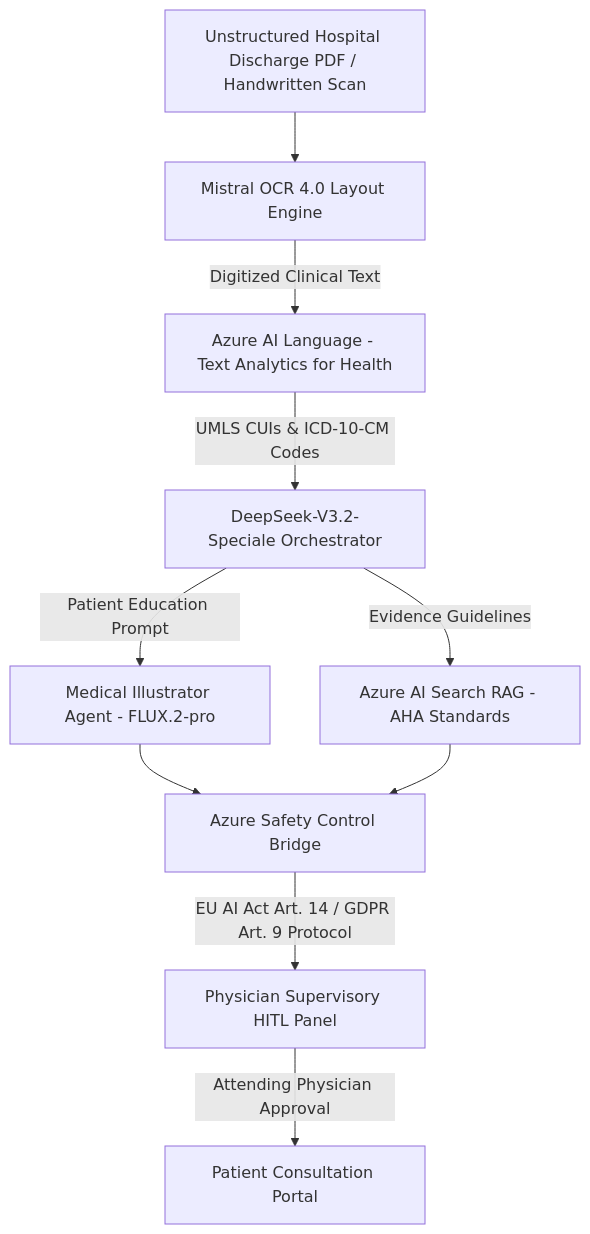
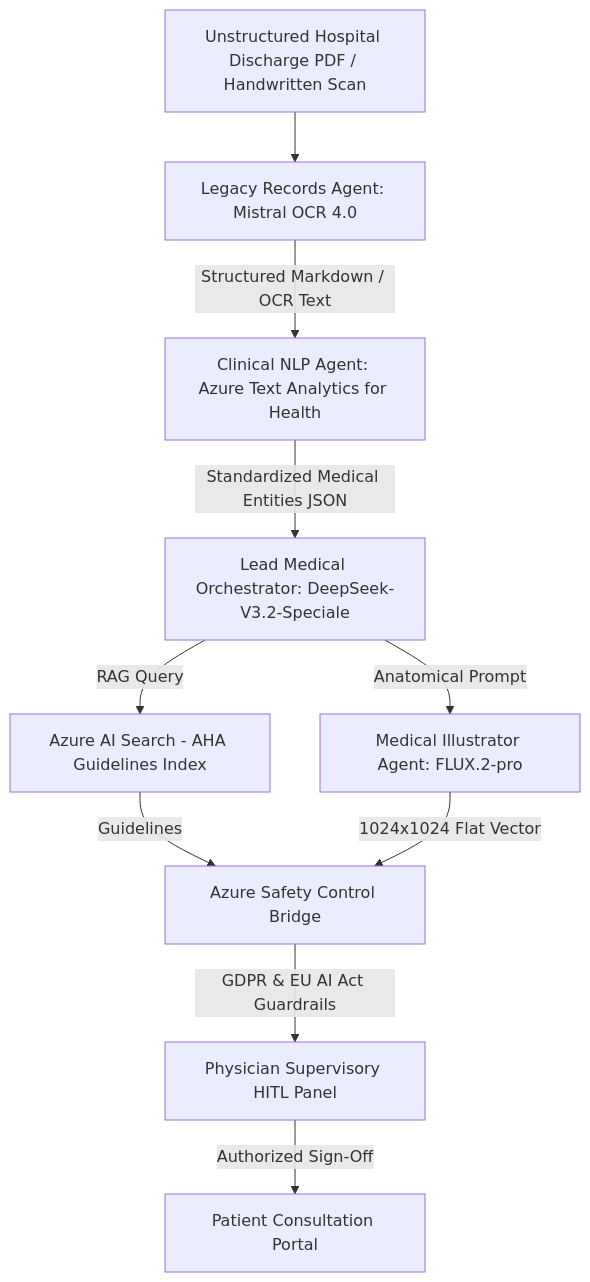
One commit to FilippeZ/OmniHealth-Azure-AI changed the diagram in README.md. Above: the diagram before and after it, drawn with Mermaid. The commit also changed other lines of this file and 3 other files, not shown here.

Commit message:
feat: update Rocket Architecture blueprint, MAF endpoints, and positive FLUX.2-pro prompts

````diff
--- a/README.md
+++ b/README.md
@@ -15,12 +16,12 @@
 ```mermaid
 flowchart TD
-    A[Unstructured Hospital Discharge PDF / Handwritten Scan] --> B[Mistral OCR 4.0 Layout Engine]
-    B -->|Digitized Clinical Text| C[Azure AI Language - Text Analytics for Health]
-    C -->|UMLS CUIs & ICD-10-CM Codes| D[DeepSeek-V3.2-Speciale Orchestrator]
-    D -->|Patient Education Prompt| E[Medical Illustrator Agent - FLUX.2-pro]
-    D -->|Evidence Guidelines| F[Azure AI Search RAG - AHA Standards]
-    E --> G[Azure Safety Control Bridge]
-    F --> G
-    G -->|EU AI Act Art. 14 / GDPR Art. 9 Protocol| H[Physician Supervisory HITL Panel]
-    H -->|Attending Physician Approval| I[Patient Consultation Portal]
+    A[Unstructured Hospital Discharge PDF / Handwritten Scan] --> B[Legacy Records Agent: Mistral OCR 4.0]
+    B -->|Structured Markdown / OCR Text| C[Clinical NLP Agent: Azure Text Analytics for Health]
+    C -->|Standardized Medical Entities JSON| D[Lead Medical Orchestrator: DeepSeek-V3.2-Speciale]
+    D -->|RAG Query| E[Azure AI Search - AHA Guidelines Index]
+    D -->|Anatomical Prompt| F[Medical Illustrator Agent: FLUX.2-pro]
+    E -->|Guidelines| G[Azure Safety Control Bridge]
+    F -->|1024x1024 Flat Vector| G
+    G -->|GDPR & EU AI Act Guardrails| H[Physician Supervisory HITL Panel]
+    H -->|Authorized Sign-Off| I[Patient Consultation Portal]
 ```
````
